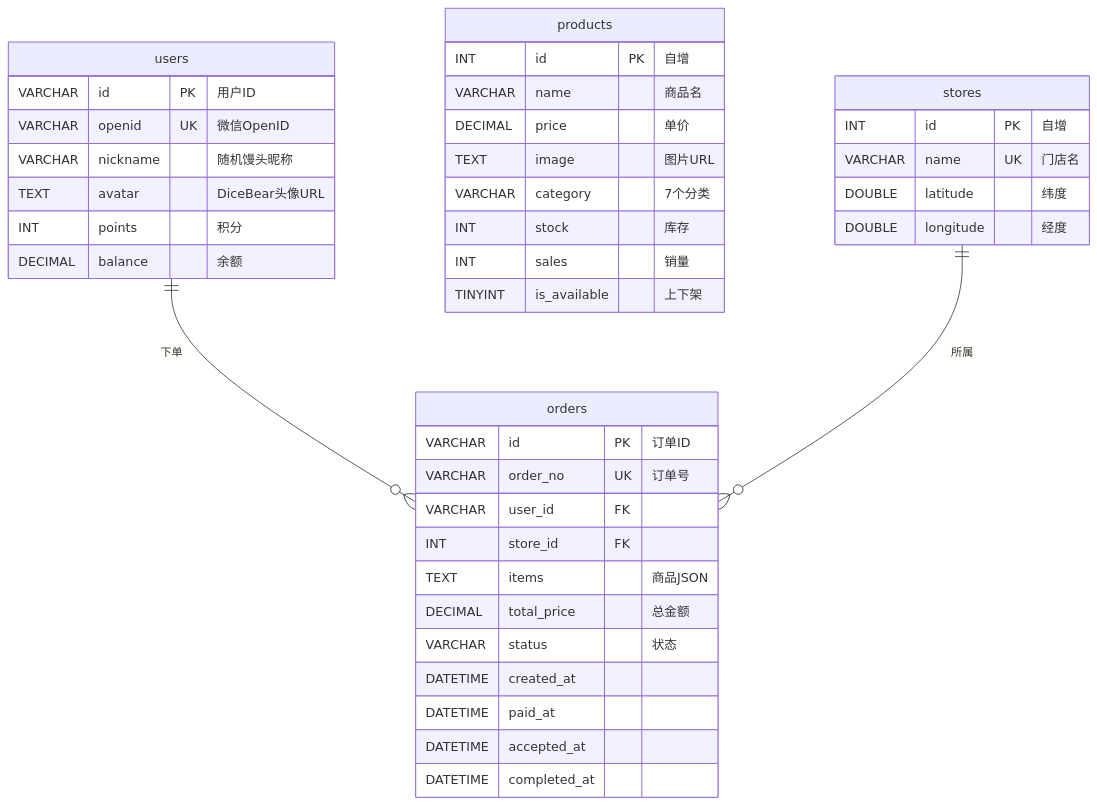
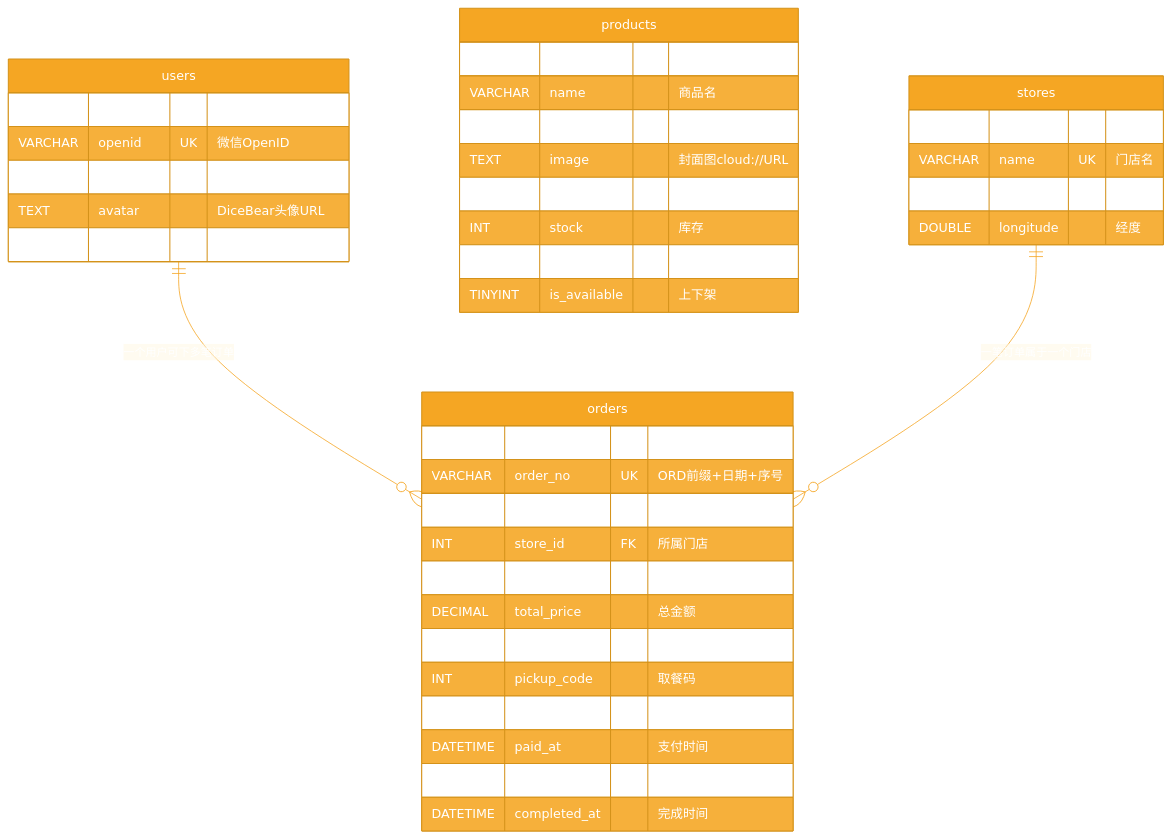
The fourth of 4 diagrams in README.md (zip-Wu/tasty_bakery), drawn with Mermaid before and after one commit. The commit also changed other lines of this file and 36 other files, not shown here.

Commit message:
docs: README全面重构 + 截图替换为最新版本界面

````diff
--- a/README.md
+++ b/README.md
@@ -75,46 +201,47 @@
 ```mermaid
+%%{init: {'theme': 'base', 'themeVariables': { 'primaryColor': '#f5a623', 'primaryTextColor': '#fff', 'primaryBorderColor': '#d4921a', 'lineColor': '#f5a623', 'secondaryColor': '#ffeb99', 'tertiaryColor': '#fff8e1'}}}%%
 erDiagram
     users {
         VARCHAR id PK "用户ID"
         VARCHAR openid UK "微信OpenID"
-        VARCHAR nickname "随机馒头昵称"
+        VARCHAR nickname "大力馒头宝001~999"
         TEXT avatar "DiceBear头像URL"
         INT points "积分"
-        DECIMAL balance "余额"
     }
 
     products {
         INT id PK "自增"
         VARCHAR name "商品名"
         DECIMAL price "单价"
-        TEXT image "图片URL"
-        VARCHAR category "7个分类"
+        TEXT image "封面图cloud://URL"
+        VARCHAR category "动态分类"
         INT stock "库存"
-        INT sales "销量"
+        INT sales "累计销量"
         TINYINT is_available "上下架"
     }
 
     stores {
         INT id PK "自增"
         VARCHAR name UK "门店名"
         DOUBLE latitude "纬度"
         DOUBLE longitude "经度"
     }
 
     orders {
         VARCHAR id PK "订单ID"
-        VARCHAR order_no UK "订单号"
-        VARCHAR user_id FK
-        INT store_id FK
+        VARCHAR order_no UK "ORD前缀+日期+序号"
+        VARCHAR user_id FK "所属用户"
+        INT store_id FK "所属门店"
         TEXT items "商品JSON"
         DECIMAL total_price "总金额"
-        VARCHAR status "状态"
-        DATETIME created_at
-        DATETIME paid_at
-        DATETIME accepted_at
-        DATETIME completed_at
+        VARCHAR status "状态机"
+        INT pickup_code "取餐码"
+        DATETIME created_at "创建时间"
+        DATETIME paid_at "支付时间"
+        DATETIME ready_at "可取餐时间"
+        DATETIME completed_at "完成时间"
     }
 
-    users ||--o{ orders : "下单"
-    stores ||--o{ orders : "所属"
+    users ||--o{ orders : "一个用户可下多笔订单"
+    stores ||--o{ orders : "一笔订单属于一个门店"
 ```
````
